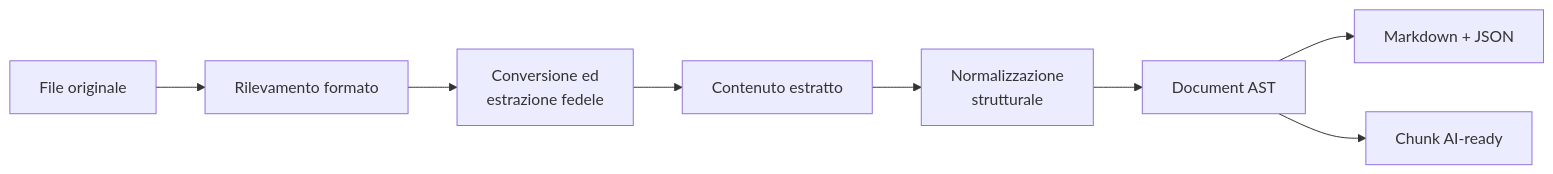
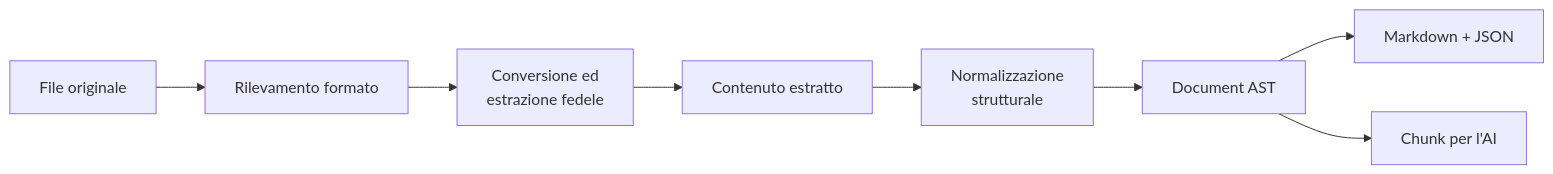
The diagram in knowledge/architettura/conversione-documenti.md (Italian-Builders-Org/magistra), drawn with Mermaid before and after one commit. The commit also changed other lines of this file and 3 other files, not shown here.

````diff
--- a/knowledge/architettura/conversione-documenti.md
+++ b/knowledge/architettura/conversione-documenti.md
@@ -18,10 +18,10 @@
 ```mermaid
 flowchart LR
     A["File originale"] --> B["Rilevamento formato"]
     B --> C["Conversione ed<br/>estrazione fedele"]
     C --> D["Contenuto estratto"]
     D --> E["Normalizzazione<br/>strutturale"]
     E --> F["Document AST"]
     F --> G["Markdown + JSON"]
-    F --> H["Chunk AI-ready"]
+    F --> H["Chunk per l'AI"]
 ```
````
